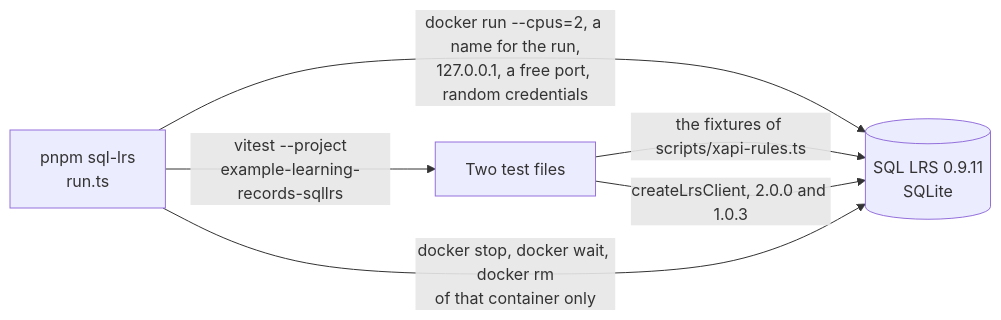
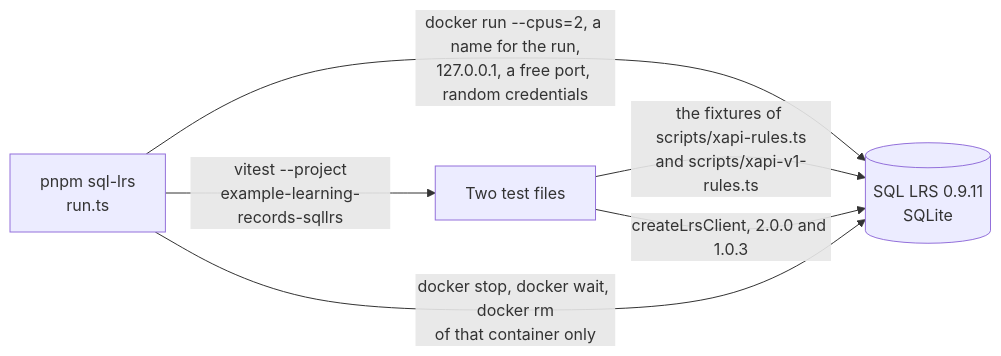
One commit to interopkit/interopkit changed the diagram in validation/sql-lrs/README.md. Above: the diagram before and after it, drawn with Mermaid. The commit also changed other lines of this file and 82 other files, not shown here.

````diff
--- a/validation/sql-lrs/README.md
+++ b/validation/sql-lrs/README.md
@@ -8,8 +8,8 @@
 ```mermaid
 flowchart LR
   run["pnpm sql-lrs<br/>run.ts"] -->|"docker run --cpus=2, a name for the run,<br/>127.0.0.1, a free port, random credentials"| lrs[("SQL LRS 0.9.11<br/>SQLite")]
   run -->|"vitest --project<br/>example-learning-records-sqllrs"| tests["Two test files"]
-  tests -->|"the fixtures of scripts/xapi-rules.ts"| lrs
+  tests -->|"the fixtures of scripts/xapi-rules.ts<br/>and scripts/xapi-v1-rules.ts"| lrs
   tests -->|"createLrsClient, 2.0.0 and 1.0.3"| lrs
   run -->|"docker stop, docker wait, docker rm<br/>of that container only"| lrs
 ```
````
